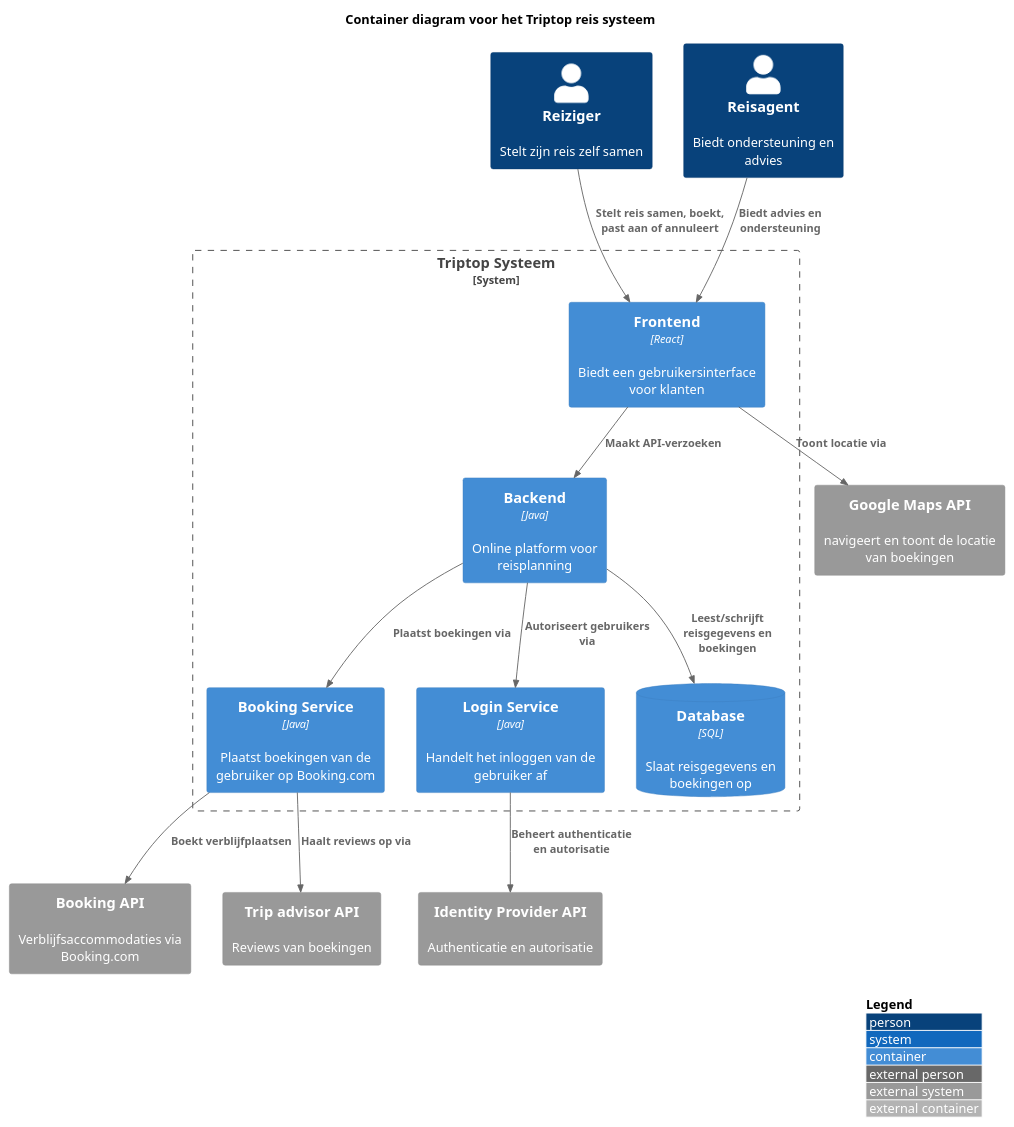
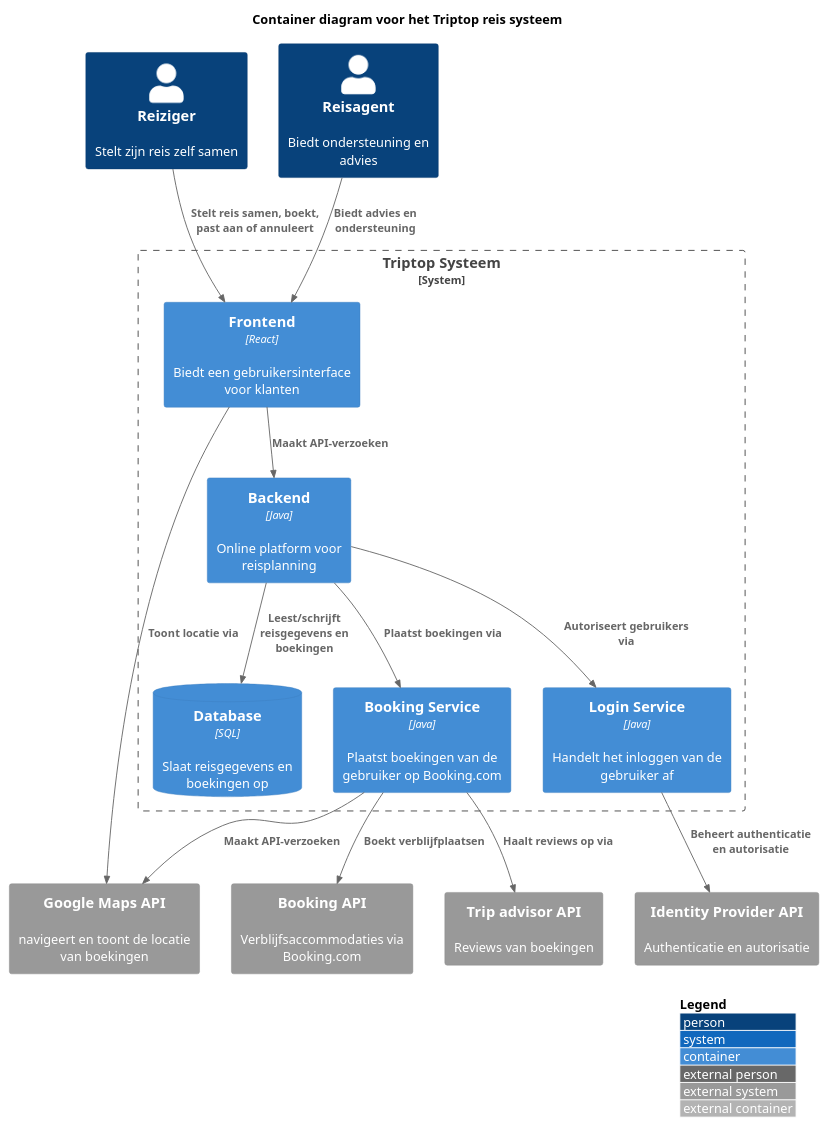
One commit to AIM-ENE-feb25/triptop-groep-b3 changed the diagram in software-guidebook/groep-container-diagram.puml. Above: the diagram before and after it, drawn with PlantUML.

```diff
--- a/software-guidebook/groep-container-diagram.puml
+++ b/software-guidebook/groep-container-diagram.puml
@@ -1,37 +1,38 @@
 @startuml
 !include <C4/C4>
 !include <C4/C4_Context>
 !include <C4/C4_Container>
 
 LAYOUT_WITH_LEGEND()
 
 title Container diagram voor het Triptop reis systeem
 
 Person(reiziger, "Reiziger", "Stelt zijn reis zelf samen")
 Person(reisagent, "Reisagent", "Biedt ondersteuning en advies")
 
 System_Boundary(triptop, "Triptop Systeem") {
     Container(frontend, "Frontend", "React","Biedt een gebruikersinterface voor klanten")
     Container(backend, "Backend", "Java", "Online platform voor reisplanning")
     Container(bookings, "Booking Service", "Java", "Plaatst boekingen van de gebruiker op Booking.com")
     Container(login, "Login Service", "Java", "Handelt het inloggen van de gebruiker af")
     ContainerDb(database, "Database", "SQL", "Slaat reisgegevens en boekingen op")
 }
 
 System_Ext(bookingAPI, "Booking API", "Verblijfsaccommodaties via Booking.com")
 System_Ext(MapsAPI, "Google Maps API", "navigeert en toont de locatie van boekingen")
 System_Ext(identityProviderAPI, "Identity Provider API", "Authenticatie en autorisatie")
 System_Ext(tripAdvisor, "Trip advisor API", "Reviews van boekingen")
 
 Rel(reiziger, frontend, "Stelt reis samen, boekt, past aan of annuleert")
 Rel(reisagent, frontend, "Biedt advies en ondersteuning")
 Rel(frontend, backend, "Maakt API-verzoeken")
 Rel(backend, database, "Leest/schrijft reisgegevens en boekingen")
 Rel(bookings, bookingAPI, "Boekt verblijfplaatsen")
 Rel(frontend, MapsAPI, "Toont locatie via")
+Rel(bookings, MapsAPI, "Maakt API-verzoeken")
 Rel(login, identityProviderAPI, "Beheert authenticatie en autorisatie")
 Rel(backend, bookings, "Plaatst boekingen via")
 Rel(backend, login, "Autoriseert gebruikers via")
 Rel(bookings, tripAdvisor, "Haalt reviews op via")
 
 @enduml
```
